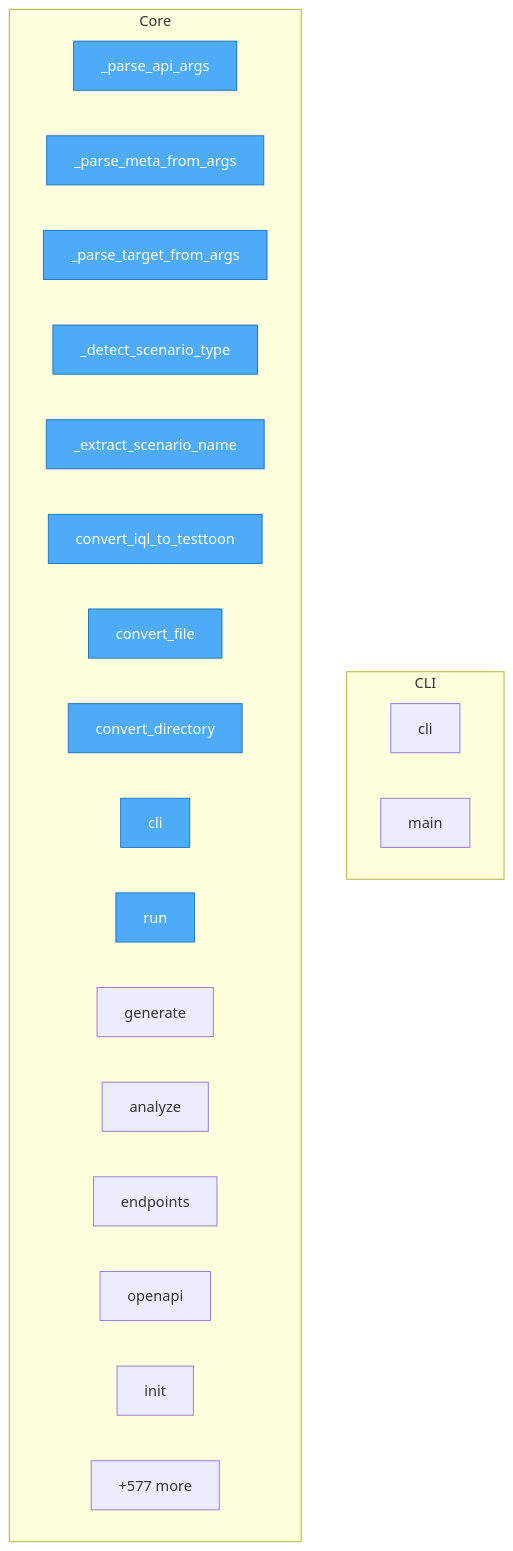
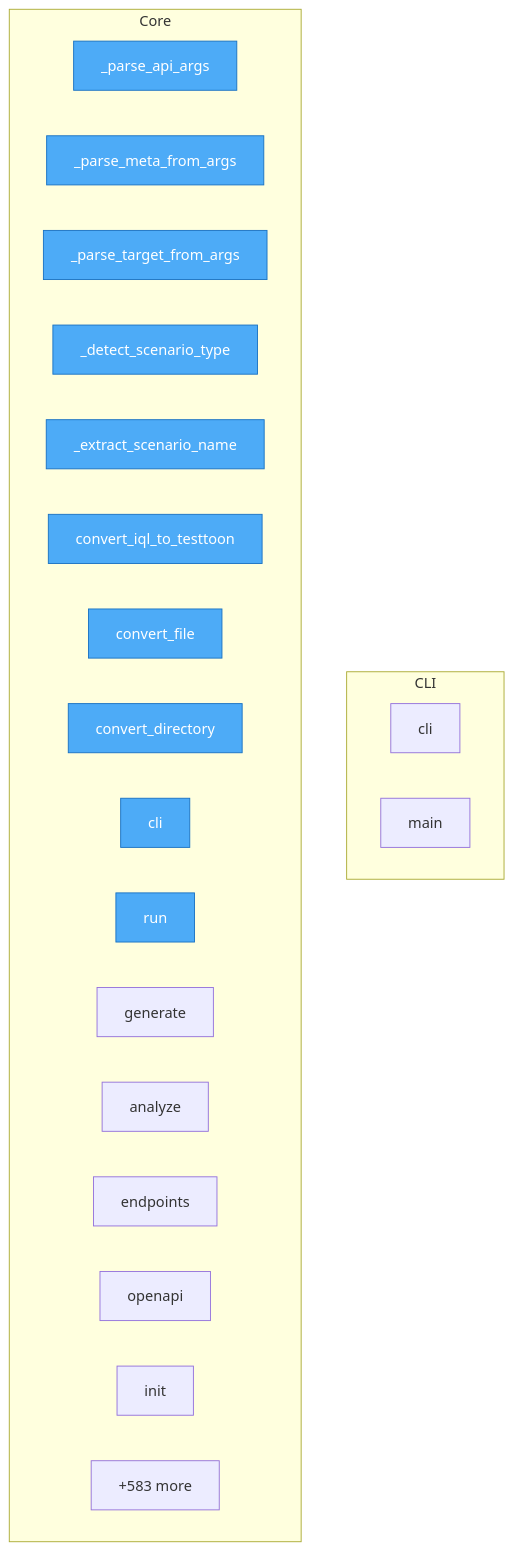
Before and after one commit to oqlos/testql: the diagram in project/flow.mmd, drawn with Mermaid. The commit also changed 27 other files, not shown here.

```diff
--- a/project/flow.mmd
+++ b/project/flow.mmd
@@ -1,30 +1,30 @@
 flowchart TD
 
     %% Entry points (blue)
     classDef entry fill:#4dabf7,stroke:#1971c2,color:#fff
 
     subgraph CLI
         testql__cli__cli["cli"]
         testql__cli__main["main"]
     end
 
     subgraph Core
         code2llm_output__map__toon___parse_api_args["_parse_api_args"]
         code2llm_output__map__toon___parse_meta_from_args["_parse_meta_from_args"]
         code2llm_output__map__toon___parse_target_from_args["_parse_target_from_args"]
         code2llm_output__map__toon___detect_scenario_type["_detect_scenario_type"]
         code2llm_output__map__toon___extract_scenario_name["_extract_scenario_name"]
         code2llm_output__map__toon__convert_iql_to_testtoon["convert_iql_to_testtoon"]
         code2llm_output__map__toon__convert_file["convert_file"]
         code2llm_output__map__toon__convert_directory["convert_directory"]
         code2llm_output__map__toon__cli["cli"]
         code2llm_output__map__toon__run["run"]
         code2llm_output__map__toon__generate["generate"]
         code2llm_output__map__toon__analyze["analyze"]
         code2llm_output__map__toon__endpoints["endpoints"]
         code2llm_output__map__toon__openapi["openapi"]
         code2llm_output__map__toon__init["init"]
-        ...["+577 more"]
+        ...["+583 more"]
     end
 
     class code2llm_output__map__toon___parse_api_args,code2llm_output__map__toon___parse_meta_from_args,code2llm_output__map__toon___parse_target_from_args,code2llm_output__map__toon___detect_scenario_type,code2llm_output__map__toon___extract_scenario_name,code2llm_output__map__toon__convert_iql_to_testtoon,code2llm_output__map__toon__convert_file,code2llm_output__map__toon__convert_directory,code2llm_output__map__toon__cli,code2llm_output__map__toon__run entry
```
